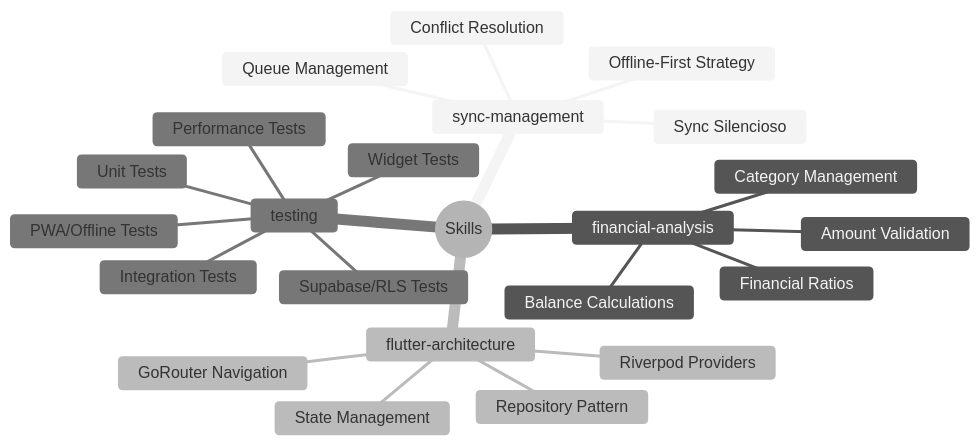
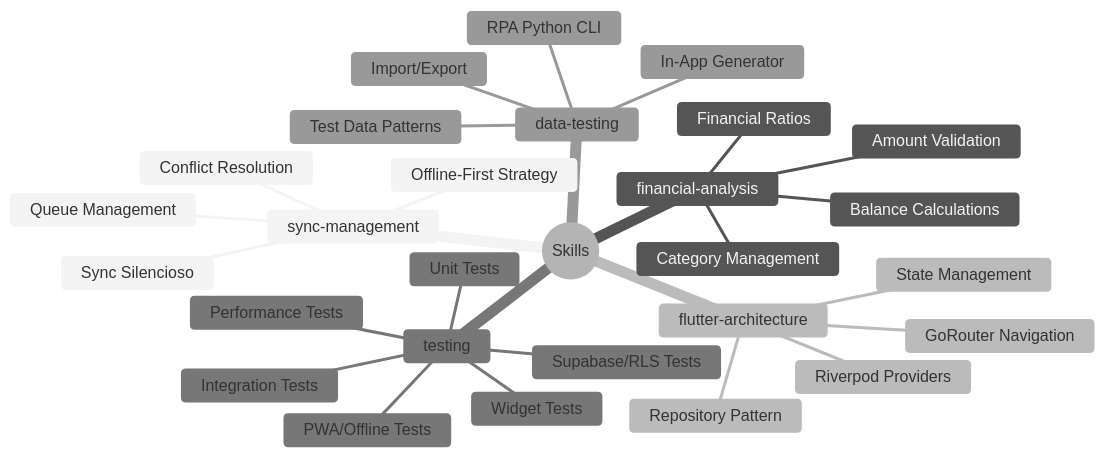
The ninth of 10 diagrams in docs/CLAUDE_WORKFLOW.md (alvaretto/finanzasfamilia), drawn with Mermaid (neutral theme) before and after one commit. The commit also changed other lines of this file and 12 other files, not shown here.

````diff
--- a/docs/CLAUDE_WORKFLOW.md
+++ b/docs/CLAUDE_WORKFLOW.md
@@ -409,26 +412,31 @@
 ```mermaid
 mindmap
     root((Skills))
         sync-management
             Offline-First Strategy
             Sync Silencioso
             Conflict Resolution
             Queue Management
         financial-analysis
             Balance Calculations
             Financial Ratios
             Category Management
             Amount Validation
         flutter-architecture
             Repository Pattern
             Riverpod Providers
             GoRouter Navigation
             State Management
         testing
             Unit Tests
             Widget Tests
             Integration Tests
             PWA/Offline Tests
             Supabase/RLS Tests
             Performance Tests
+        data-testing
+            In-App Generator
+            RPA Python CLI
+            Test Data Patterns
+            Import/Export
 ```
````
